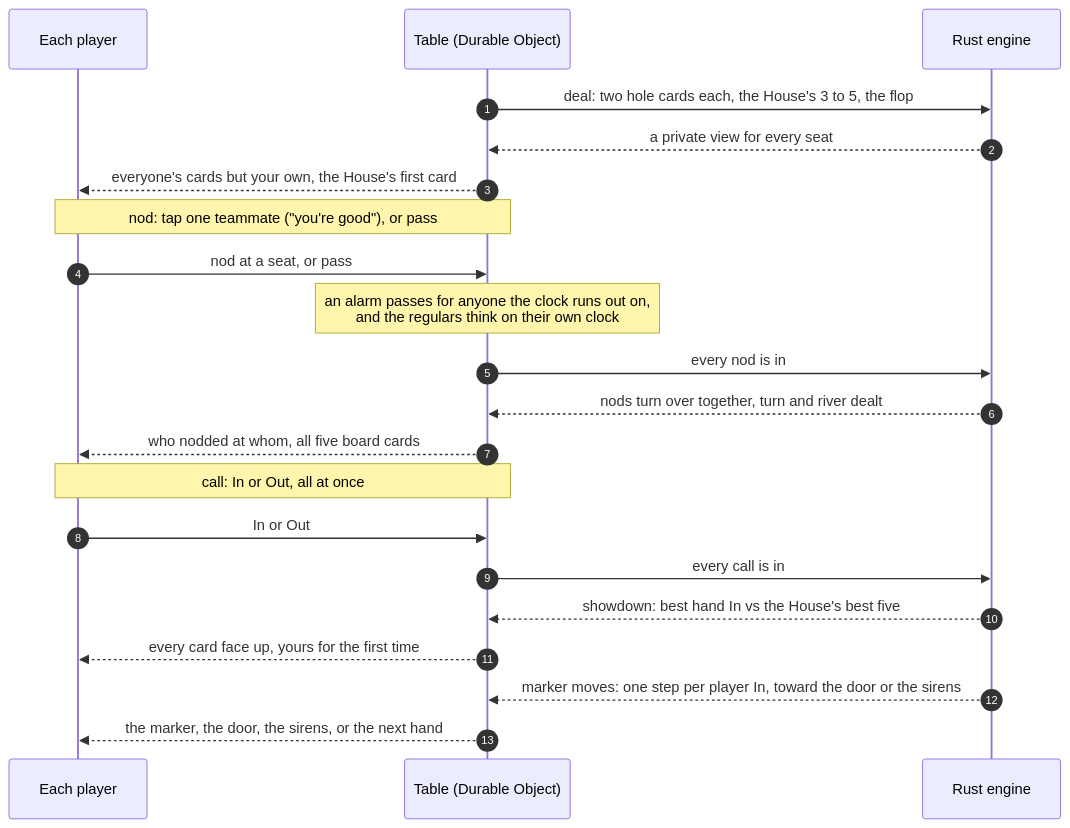
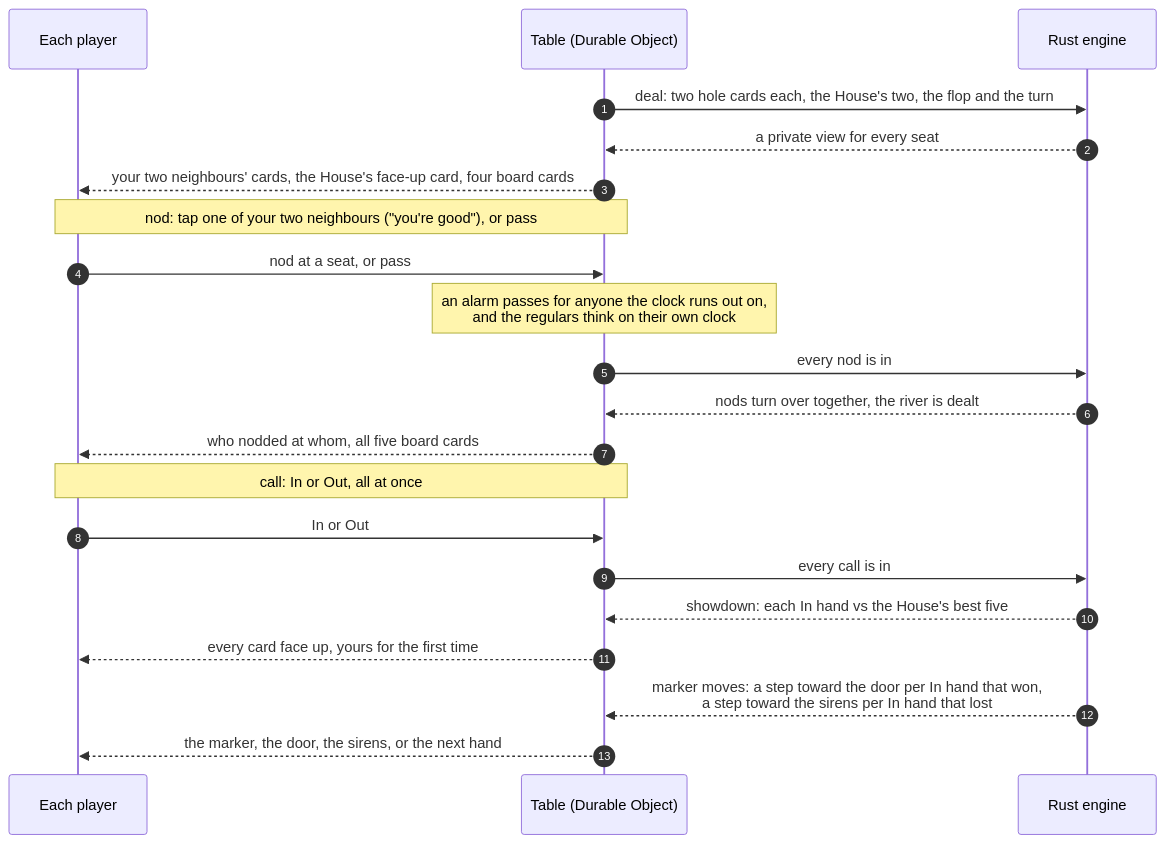
One commit to KarthikSubramanian07/893-Hold-em changed the second of 2 diagrams in README.md. Above: the diagram before and after it, drawn with Mermaid. The commit also changed other lines of this file and 6 other files, not shown here.

````diff
--- a/README.md
+++ b/README.md
@@ -98,23 +98,23 @@
 ```mermaid
 sequenceDiagram
   autonumber
   participant P as Each player
   participant DO as Table (Durable Object)
   participant E as Rust engine
-  DO->>E: deal: two hole cards each, the House's 3 to 5, the flop
+  DO->>E: deal: two hole cards each, the House's two, the flop and the turn
   E-->>DO: a private view for every seat
-  DO-->>P: everyone's cards but your own, the House's first card
-  Note over P,DO: nod: tap one teammate ("you're good"), or pass
+  DO-->>P: your two neighbours' cards, the House's face-up card, four board cards
+  Note over P,DO: nod: tap one of your two neighbours ("you're good"), or pass
   P->>DO: nod at a seat, or pass
   Note over DO: an alarm passes for anyone the clock runs out on,<br/>and the regulars think on their own clock
   DO->>E: every nod is in
-  E-->>DO: nods turn over together, turn and river dealt
+  E-->>DO: nods turn over together, the river is dealt
   DO-->>P: who nodded at whom, all five board cards
   Note over P,DO: call: In or Out, all at once
   P->>DO: In or Out
   DO->>E: every call is in
-  E-->>DO: showdown: best hand In vs the House's best five
+  E-->>DO: showdown: each In hand vs the House's best five
   DO-->>P: every card face up, yours for the first time
-  E-->>DO: marker moves: one step per player In, toward the door or the sirens
+  E-->>DO: marker moves: a step toward the door per In hand that won,<br/>a step toward the sirens per In hand that lost
   DO-->>P: the marker, the door, the sirens, or the next hand
 ```
````
